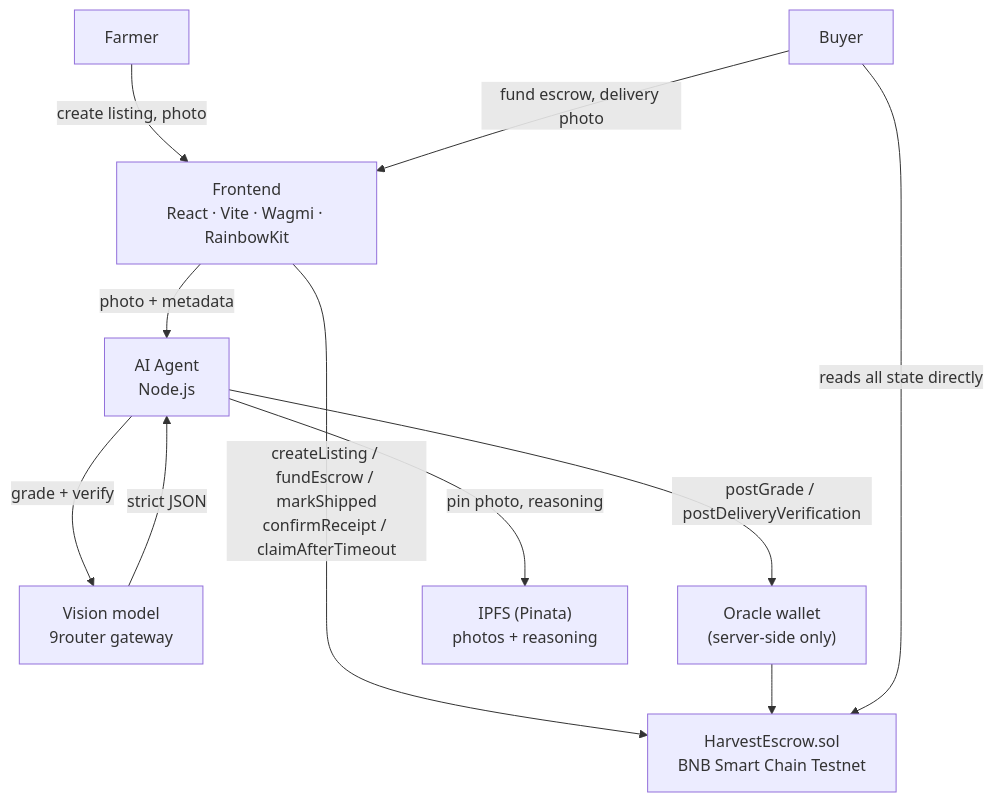
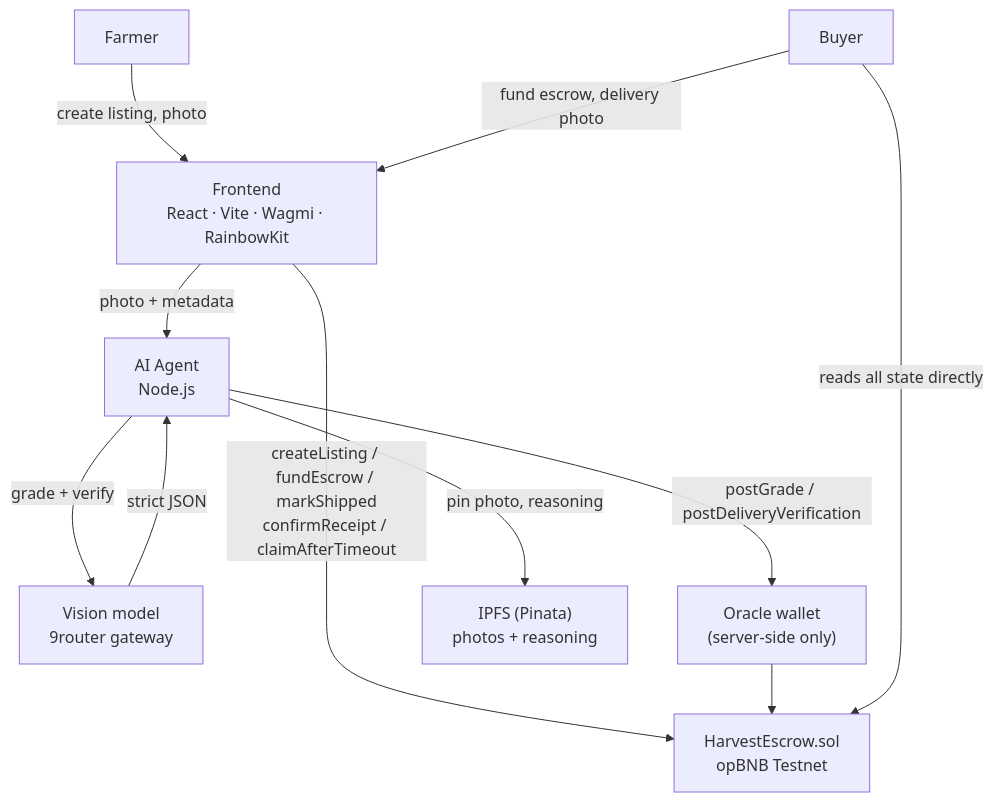
One commit to gfhinrel-arch/veripanen changed the diagram in SUBMISSION.md. Above: the diagram before and after it, drawn with Mermaid. The commit also changed other lines of this file and 2 other files, not shown here.

Commit message:
docs: finalize testnet submission readiness

````diff
--- a/SUBMISSION.md
+++ b/SUBMISSION.md
@@ -40,22 +40,22 @@
 ```mermaid
 flowchart TD
     F["Farmer"]
     B["Buyer"]
     FE["Frontend<br/>React · Vite · Wagmi · RainbowKit"]
     AG["AI Agent<br/>Node.js"]
     AI["Vision model<br/>9router gateway"]
     OR["Oracle wallet<br/>(server-side only)"]
-    SC["HarvestEscrow.sol<br/>BNB Smart Chain Testnet"]
+    SC["HarvestEscrow.sol<br/>opBNB Testnet"]
     IPFS["IPFS (Pinata)<br/>photos + reasoning"]
 
     F -->|"create listing, photo"| FE
     B -->|"fund escrow, delivery photo"| FE
     FE -->|"photo + metadata"| AG
     FE -->|"createListing / fundEscrow / markShipped<br/>confirmReceipt / claimAfterTimeout"| SC
     AG -->|"grade + verify"| AI
     AI -->|"strict JSON"| AG
     AG -->|"postGrade / postDeliveryVerification"| OR
     OR --> SC
     AG -->|"pin photo, reasoning"| IPFS
     B -->|"reads all state directly"| SC
 ```
````
